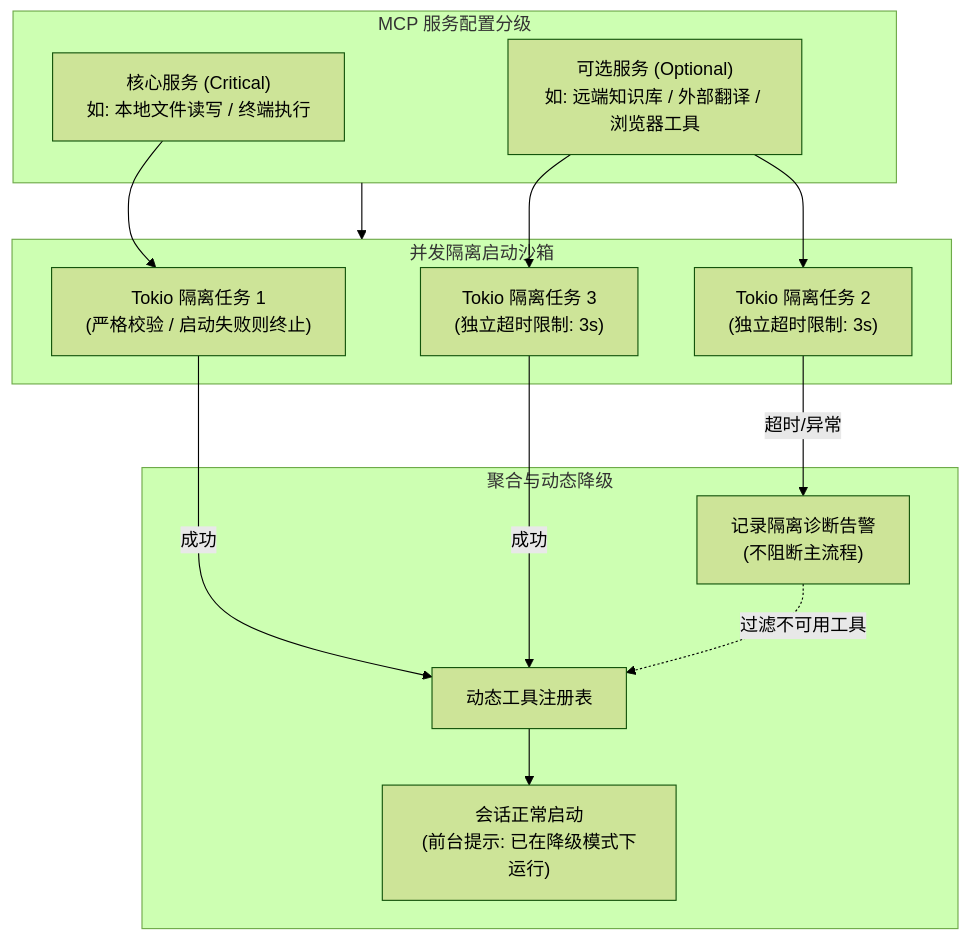
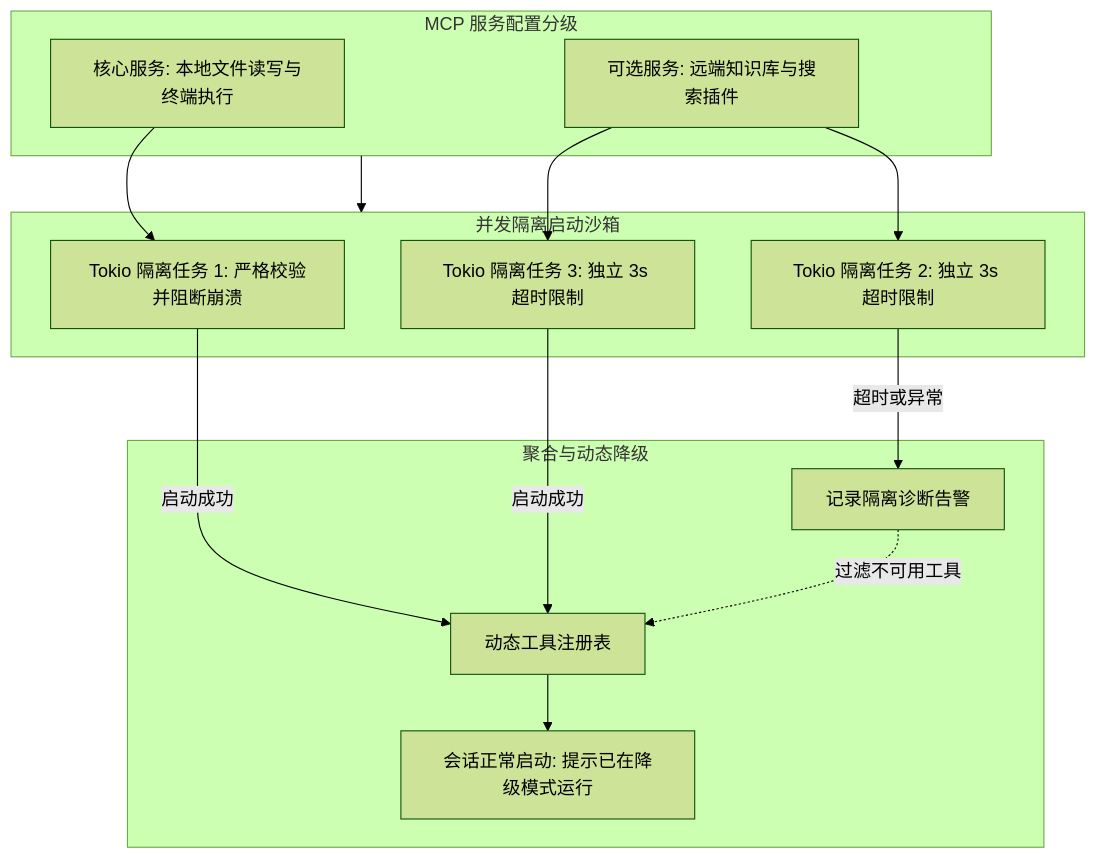
The diagram in content/posts/mcp-server-startup-isolation-and-graceful-degradation.md (ferstar/blog), drawn with Mermaid (forest theme) before and after one commit. The commit also changed 7 other files, not shown here.

Commit message:
fix(blog): sanitize mermaid syntax across all new agent posts

```diff
--- a/content/posts/mcp-server-startup-isolation-and-graceful-degradation.md
+++ b/content/posts/mcp-server-startup-isolation-and-graceful-degradation.md
@@ -22,23 +22,23 @@
 {{< mermaid >}}
 flowchart TD
-  subgraph Config["MCP 服务配置分级"]
-    C1["核心服务 (Critical)<br/>如: 本地文件读写 / 终端执行"]
-    C2["可选服务 (Optional)<br/>如: 远端知识库 / 外部翻译 / 浏览器工具"]
+  subgraph Config[MCP 服务配置分级]
+    C1[核心服务: 本地文件读写与终端执行]
+    C2[可选服务: 远端知识库与搜索插件]
   end
 
-  subgraph Startup["并发隔离启动沙箱"]
-    C1 --> T1["Tokio 隔离任务 1<br/>(严格校验 / 启动失败则终止)"]
-    C2 --> T2["Tokio 隔离任务 2<br/>(独立超时限制: 3s)"]
-    C2 --> T3["Tokio 隔离任务 3<br/>(独立超时限制: 3s)"]
+  subgraph Startup[并发隔离启动沙箱]
+    C1 --> T1[Tokio 隔离任务 1: 严格校验并阻断崩溃]
+    C2 --> T2[Tokio 隔离任务 2: 独立 3s 超时限制]
+    C2 --> T3[Tokio 隔离任务 3: 独立 3s 超时限制]
   end
 
-  subgraph Outcome["聚合与动态降级"]
-    T1 -- 成功 --> R[动态工具注册表]
-    T2 -- 超时/异常 --> D["记录隔离诊断告警<br/>(不阻断主流程)"]
-    T3 -- 成功 --> R
-    D -. 过滤不可用工具 .-> R
-    R --> S["会话正常启动<br/>(前台提示: 已在降级模式下运行)"]
+  subgraph Outcome[聚合与动态降级]
+    T1 -->|启动成功| R[动态工具注册表]
+    T2 -->|超时或异常| D[记录隔离诊断告警]
+    T3 -->|启动成功| R
+    D -.->|过滤不可用工具| R
+    R --> S[会话正常启动: 提示已在降级模式运行]
   end
 
   Config --> Startup
 {{< /mermaid >}}
```
